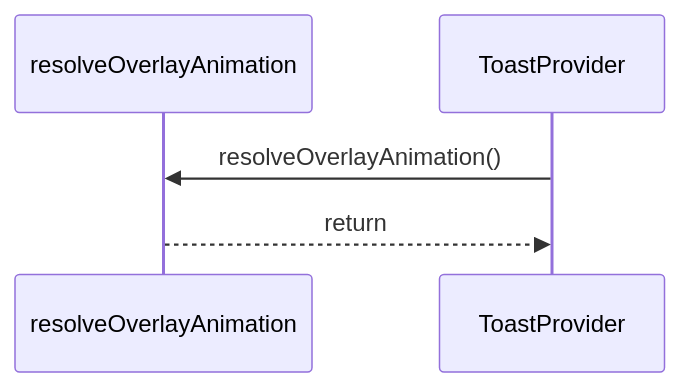
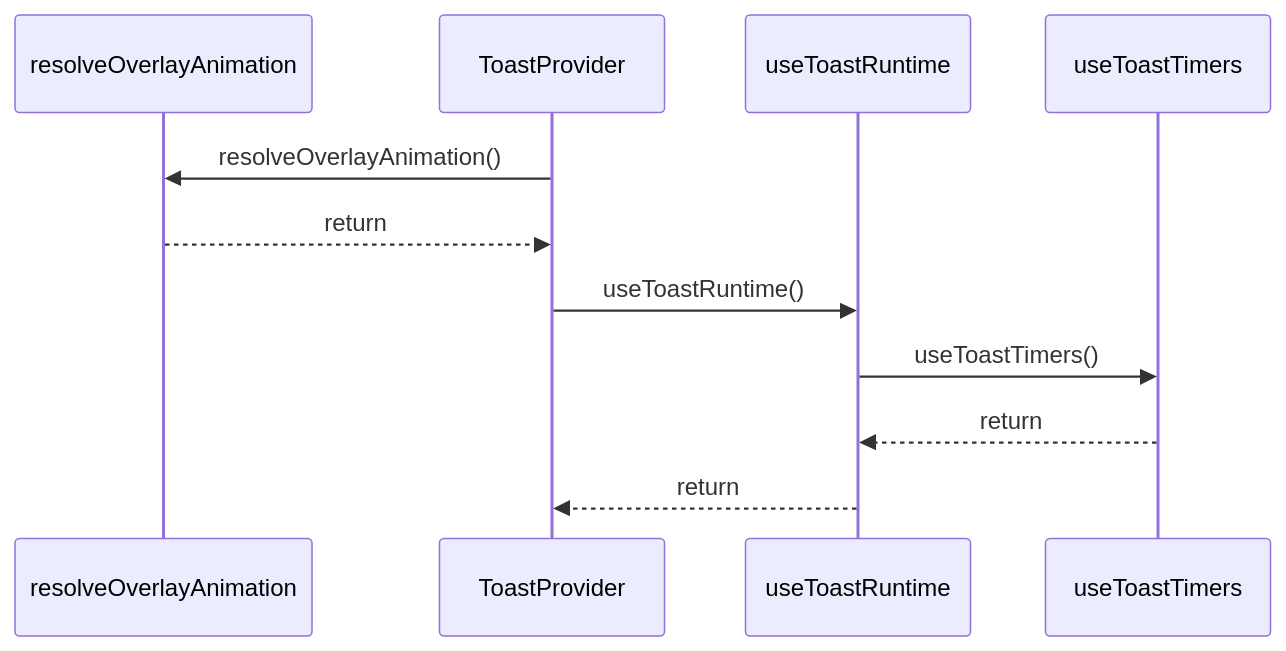
Before and after one commit to ankhorage/surface: the diagram in paradox/diagrams/sequences/toast-provider.mmd, drawn with Mermaid. The commit also changed 48 other files, not shown here.

```diff
--- a/paradox/diagrams/sequences/toast-provider.mmd
+++ b/paradox/diagrams/sequences/toast-provider.mmd
@@ -1,5 +1,11 @@
 sequenceDiagram
   participant participant_resolveOverlayAnimation as resolveOverlayAnimation
   participant participant_ToastProvider as ToastProvider
+  participant participant_useToastRuntime as useToastRuntime
+  participant participant_useToastTimers as useToastTimers
   participant_ToastProvider->>participant_resolveOverlayAnimation: resolveOverlayAnimation()
   participant_resolveOverlayAnimation-->>participant_ToastProvider: return
+  participant_ToastProvider->>participant_useToastRuntime: useToastRuntime()
+  participant_useToastRuntime->>participant_useToastTimers: useToastTimers()
+  participant_useToastTimers-->>participant_useToastRuntime: return
+  participant_useToastRuntime-->>participant_ToastProvider: return
```
